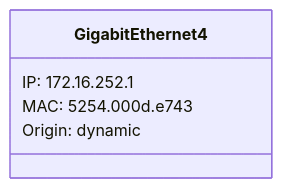
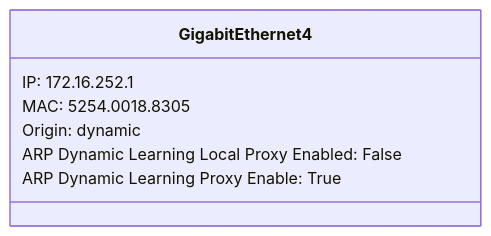
The fifth of 11 diagrams in Examples/IOS-XE/dist-rtr01 arp class.md (automateyournetwork/pyYAHTS), drawn with Mermaid before and after one commit. The commit also changed other lines of this file and 34 other files, not shown here.

Commit message:
ios-xe class diagrams

````diff
--- a/Examples/IOS-XE/dist-rtr01 arp class.md
+++ b/Examples/IOS-XE/dist-rtr01 arp class.md
@@ -34,8 +42,10 @@
 ```mermaid
 classDiagram
 class GigabitEthernet4{
 IP: 172.16.252.1
-MAC: 5254.000d.e743
+MAC: 5254.0018.8305
 Origin: dynamic
+ARP Dynamic Learning Local Proxy Enabled: False
+ARP Dynamic Learning Proxy Enable: True
 }
 ```
````
